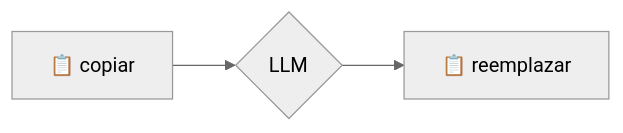
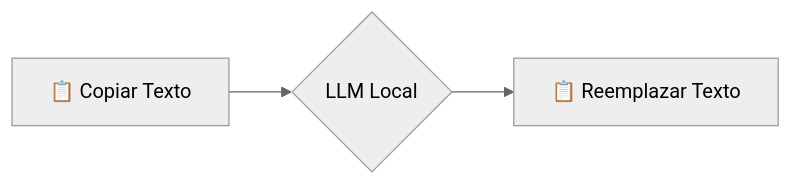
One commit to zarvent/v2m-lab changed the second of 2 diagrams in LEEME.md. Above: the diagram before and after it, drawn with Mermaid (neutral theme). The commit also changed other lines of this file and 12 other files, not shown here.

````diff
--- a/LEEME.md
+++ b/LEEME.md
@@ -60,5 +65,5 @@
 ```mermaid
 flowchart LR
-A[📋 copiar] --> B{LLM}
-B --> C[📋 reemplazar]
+    A[📋 Copiar Texto] --> B{LLM Local}
+    B --> C[📋 Reemplazar Texto]
 ```
````
